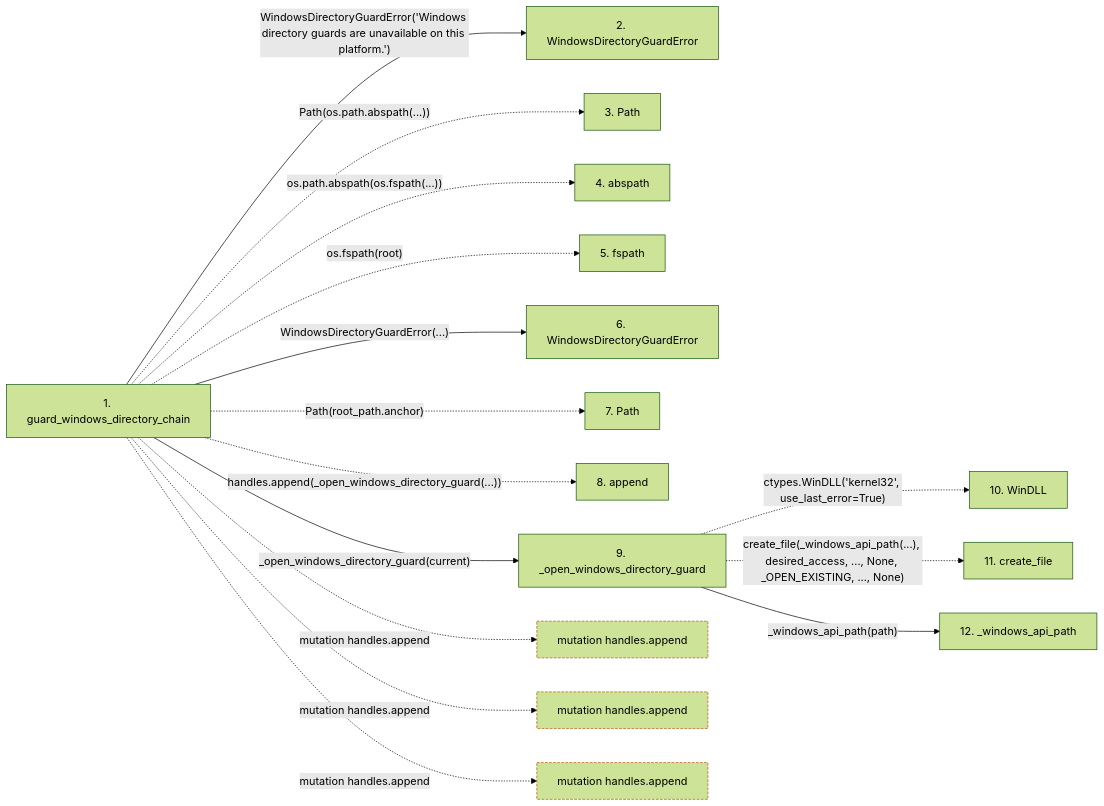
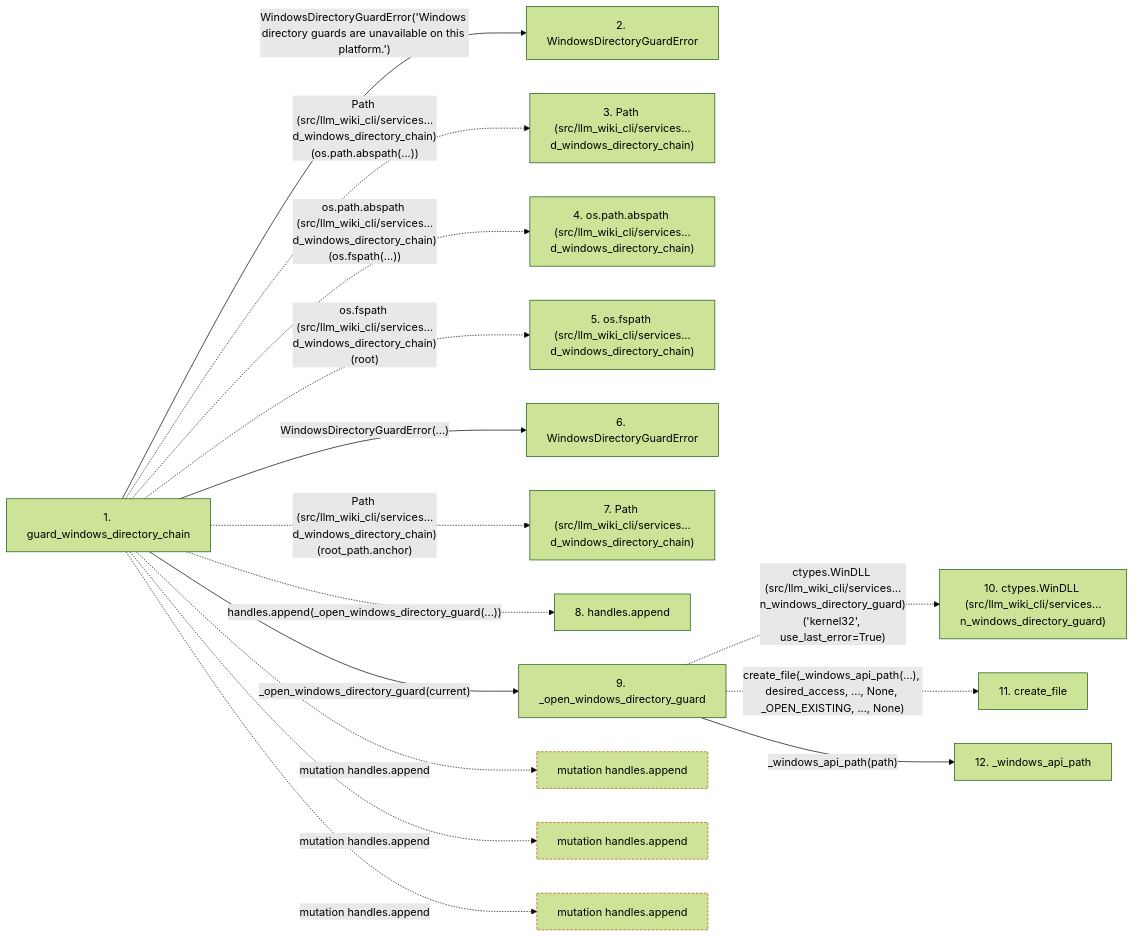
The second of 2 diagrams in docs/llm_wiki/flows/api-guard_windows_directory_chain.md (Denissvgn/python-wiki-llm), drawn with Mermaid (forest theme) before and after one commit. The commit also changed other lines of this file and 719 other files, not shown here.

````diff
--- a/docs/llm_wiki/flows/api-guard_windows_directory_chain.md
+++ b/docs/llm_wiki/flows/api-guard_windows_directory_chain.md
@@ -70,41 +74,41 @@
 ```mermaid
 flowchart LR
     s1["1. guard_windows_directory_chain"]
     s2["2. WindowsDirectoryGuardError"]
-    s3["3. Path"]
-    s4["4. abspath"]
-    s5["5. fspath"]
+    s3["3. Path (src/llm_wiki_cli/services…d_windows_directory_chain)"]
+    s4["4. os.path.abspath (src/llm_wiki_cli/services…d_windows_directory_chain)"]
+    s5["5. os.fspath (src/llm_wiki_cli/services…d_windows_directory_chain)"]
     s6["6. WindowsDirectoryGuardError"]
-    s7["7. Path"]
-    s8["8. append"]
+    s7["7. Path (src/llm_wiki_cli/services…d_windows_directory_chain)"]
+    s8["8. handles.append"]
     s9["9. _open_windows_directory_guard"]
-    s10["10. WinDLL"]
+    s10["10. ctypes.WinDLL (src/llm_wiki_cli/services…n_windows_directory_guard)"]
     s11["11. create_file"]
     s12["12. _windows_api_path"]
     s1 -->|"WindowsDirectoryGuardError('Windows directory guards are unavailable on this platform.')"| s2
-    s1 -. "Path(os.path.abspath(...))" .-> s3
-    s1 -. "os.path.abspath(os.fspath(...))" .-> s4
-    s1 -. "os.fspath(root)" .-> s5
+    s1 -. "Path (src/llm_wiki_cli/services…d_windows_directory_chain)(os.path.abspath(...))" .-> s3
+    s1 -. "os.path.abspath (src/llm_wiki_cli/services…d_windows_directory_chain)(os.fspath(...))" .-> s4
+    s1 -. "os.fspath (src/llm_wiki_cli/services…d_windows_directory_chain)(root)" .-> s5
     s1 -->|"WindowsDirectoryGuardError(...)"| s6
-    s1 -. "Path(root_path.anchor)" .-> s7
+    s1 -. "Path (src/llm_wiki_cli/services…d_windows_directory_chain)(root_path.anchor)" .-> s7
     s1 -. "handles.append(_open_windows_directory_guard(...))" .-> s8
     s1 -->|"_open_windows_directory_guard(current)"| s9
-    s9 -. "ctypes.WinDLL('kernel32', use_last_error=True)" .-> s10
+    s9 -. "ctypes.WinDLL (src/llm_wiki_cli/services…n_windows_directory_guard)('kernel32', use_last_error=True)" .-> s10
     s9 -. "create_file(_windows_api_path(...), desired_access, ..., None, _OPEN_EXISTING, ..., None)" .-> s11
     s9 -->|"_windows_api_path(path)"| s12
     b0["mutation handles.append"]
     s1 -. "mutation handles.append" .-> b0
     b1["mutation handles.append"]
     s1 -. "mutation handles.append" .-> b1
     b2["mutation handles.append"]
     s1 -. "mutation handles.append" .-> b2
     click s1 "../modules/filesystem_guard.md"
     click s2 "../modules/filesystem_guard.md"
     click s6 "../modules/filesystem_guard.md"
     click s9 "../modules/filesystem_guard.md"
     click s12 "../modules/filesystem_guard.md"
     classDef boundary stroke:#b45309,stroke-dasharray: 4 2
     class b0 boundary
     class b1 boundary
     class b2 boundary
 ```
````
